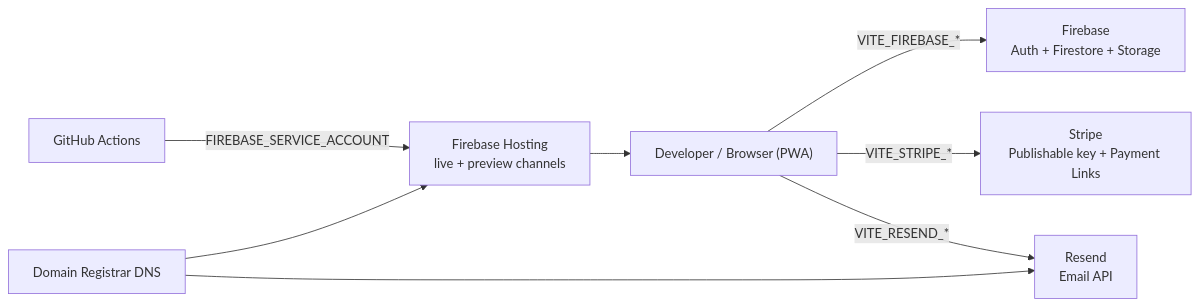
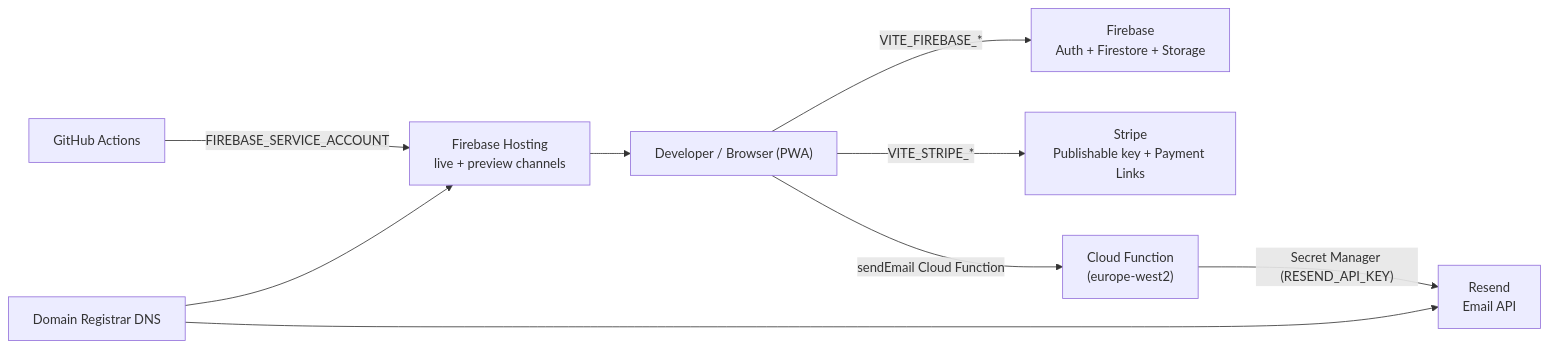
One commit to AnthonyWrather/ajwmes changed the diagram in docs/SERVICES_SETUP.md. Above: the diagram before and after it, drawn with Mermaid. The commit also changed other lines of this file and 16 other files, not shown here.

First line of the commit message:
feat(security): move Resend transactional email to server-side Cloud Function (#20)

````diff
--- a/docs/SERVICES_SETUP.md
+++ b/docs/SERVICES_SETUP.md
@@ -41,10 +41,11 @@
 ```mermaid
 flowchart LR
     Dev["Developer / Browser (PWA)"] -->|"VITE_FIREBASE_*"| FB["Firebase\nAuth + Firestore + Storage"]
     Dev -->|"VITE_STRIPE_*"| ST["Stripe\nPublishable key + Payment Links"]
-    Dev -->|"VITE_RESEND_*"| RS["Resend\nEmail API"]
+    Dev -->|"sendEmail Cloud Function"| CF["Cloud Function\n(europe-west2)"]
+    CF -->|"Secret Manager (RESEND_API_KEY)"| RS["Resend\nEmail API"]
     GH["GitHub Actions"] -->|"FIREBASE_SERVICE_ACCOUNT"| HO["Firebase Hosting\nlive + preview channels"]
     HO --> Dev
     DNS["Domain Registrar DNS"] --> HO
     DNS --> RS
 ```
````
